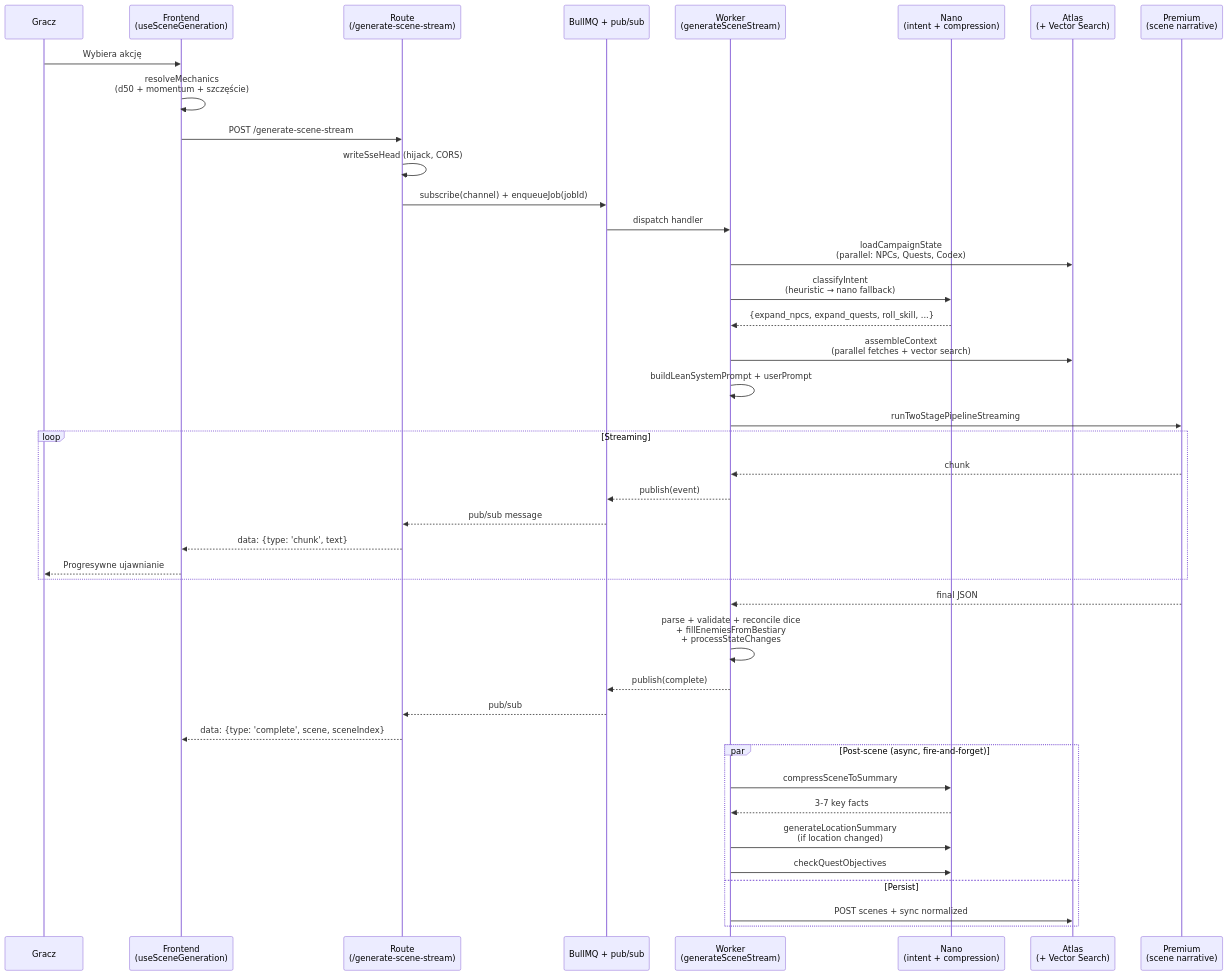
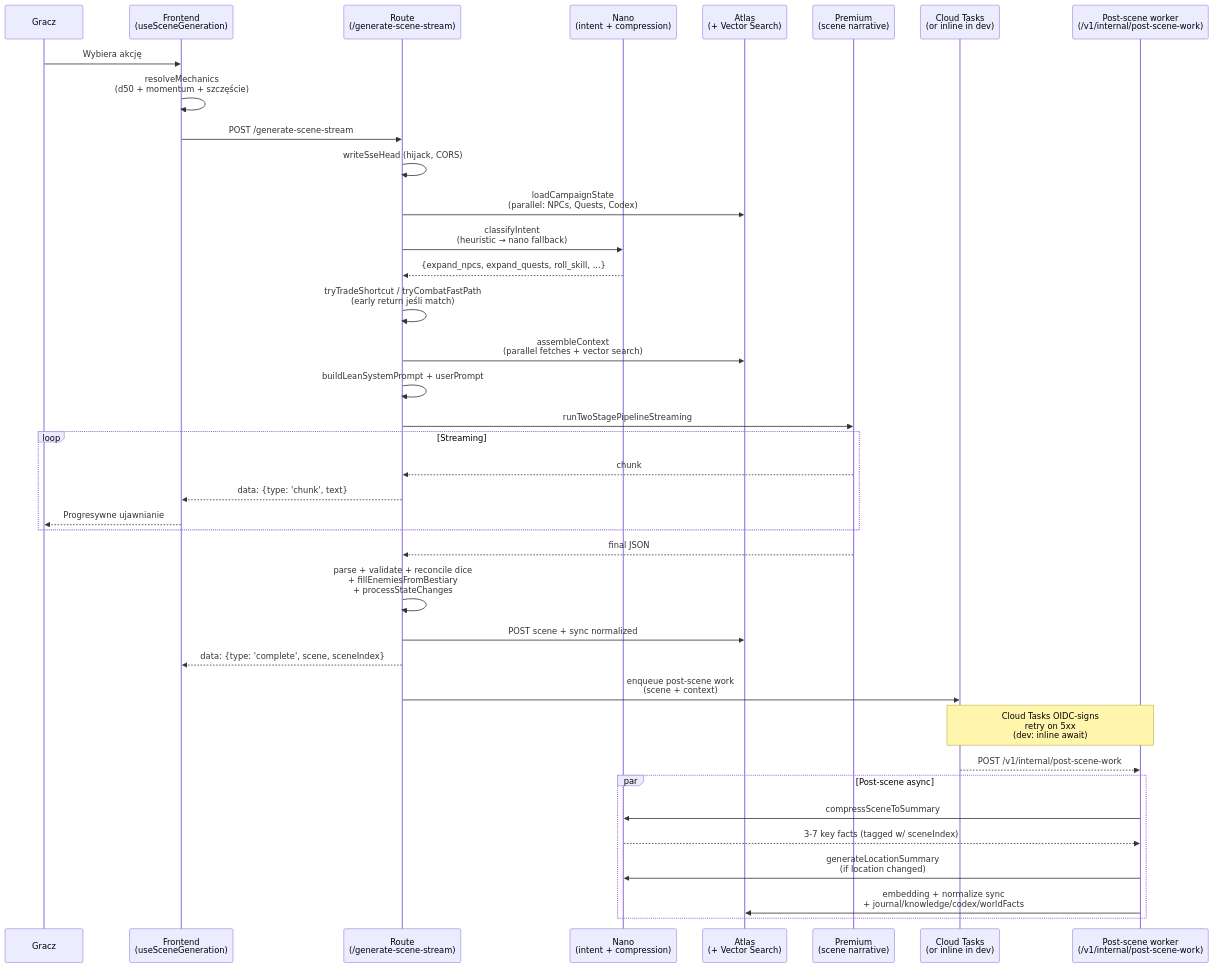
The third of 4 diagrams in README.md (piotrsnow/rage-player-game), drawn with Mermaid before and after one commit. The commit also changed other lines of this file and 17 other files, not shown here.

````diff
--- a/README.md
+++ b/README.md
@@ -216,45 +216,42 @@
 ```mermaid
 sequenceDiagram
     participant G as Gracz
     participant FE as Frontend<br/>(useSceneGeneration)
     participant R as Route<br/>(/generate-scene-stream)
-    participant Q as BullMQ + pub/sub
-    participant W as Worker<br/>(generateSceneStream)
     participant N as Nano<br/>(intent + compression)
     participant DB as Atlas<br/>(+ Vector Search)
     participant P as Premium<br/>(scene narrative)
+    participant CT as Cloud Tasks<br/>(or inline in dev)
+    participant POST as Post-scene worker<br/>(/v1/internal/post-scene-work)
 
     G->>FE: Wybiera akcję
     FE->>FE: resolveMechanics<br/>(d50 + momentum + szczęście)
     FE->>R: POST /generate-scene-stream
     R->>R: writeSseHead (hijack, CORS)
-    R->>Q: subscribe(channel) + enqueueJob(jobId)
-    Q->>W: dispatch handler
-    W->>DB: loadCampaignState<br/>(parallel: NPCs, Quests, Codex)
-    W->>N: classifyIntent<br/>(heuristic → nano fallback)
-    N-->>W: {expand_npcs, expand_quests, roll_skill, ...}
-    W->>DB: assembleContext<br/>(parallel fetches + vector search)
-    W->>W: buildLeanSystemPrompt + userPrompt
-    W->>P: runTwoStagePipelineStreaming
+    R->>DB: loadCampaignState<br/>(parallel: NPCs, Quests, Codex)
+    R->>N: classifyIntent<br/>(heuristic → nano fallback)
+    N-->>R: {expand_npcs, expand_quests, roll_skill, ...}
+    R->>R: tryTradeShortcut / tryCombatFastPath<br/>(early return jeśli match)
+    R->>DB: assembleContext<br/>(parallel fetches + vector search)
+    R->>R: buildLeanSystemPrompt + userPrompt
+    R->>P: runTwoStagePipelineStreaming
     loop Streaming
-        P-->>W: chunk
-        W-->>Q: publish(event)
-        Q-->>R: pub/sub message
+        P-->>R: chunk
         R-->>FE: data: {type: 'chunk', text}
         FE-->>G: Progresywne ujawnianie
     end
-    P-->>W: final JSON
-    W->>W: parse + validate + reconcile dice<br/>+ fillEnemiesFromBestiary<br/>+ processStateChanges
-    W-->>Q: publish(complete)
-    Q-->>R: pub/sub
+    P-->>R: final JSON
+    R->>R: parse + validate + reconcile dice<br/>+ fillEnemiesFromBestiary<br/>+ processStateChanges
+    R->>DB: POST scene + sync normalized
     R-->>FE: data: {type: 'complete', scene, sceneIndex}
 
-    par Post-scene (async, fire-and-forget)
-        W->>N: compressSceneToSummary
-        N-->>W: 3-7 key facts
-        W->>N: generateLocationSummary<br/>(if location changed)
-        W->>N: checkQuestObjectives
-    and Persist
-        W->>DB: POST scenes + sync normalized
+    R->>CT: enqueue post-scene work<br/>(scene + context)
+    Note over CT,POST: Cloud Tasks OIDC-signs<br/>retry on 5xx<br/>(dev: inline await)
+    CT-->>POST: POST /v1/internal/post-scene-work
+    par Post-scene async
+        POST->>N: compressSceneToSummary
+        N-->>POST: 3-7 key facts (tagged w/ sceneIndex)
+        POST->>N: generateLocationSummary<br/>(if location changed)
+        POST->>DB: embedding + normalize sync<br/>+ journal/knowledge/codex/worldFacts
     end
 ```
````
